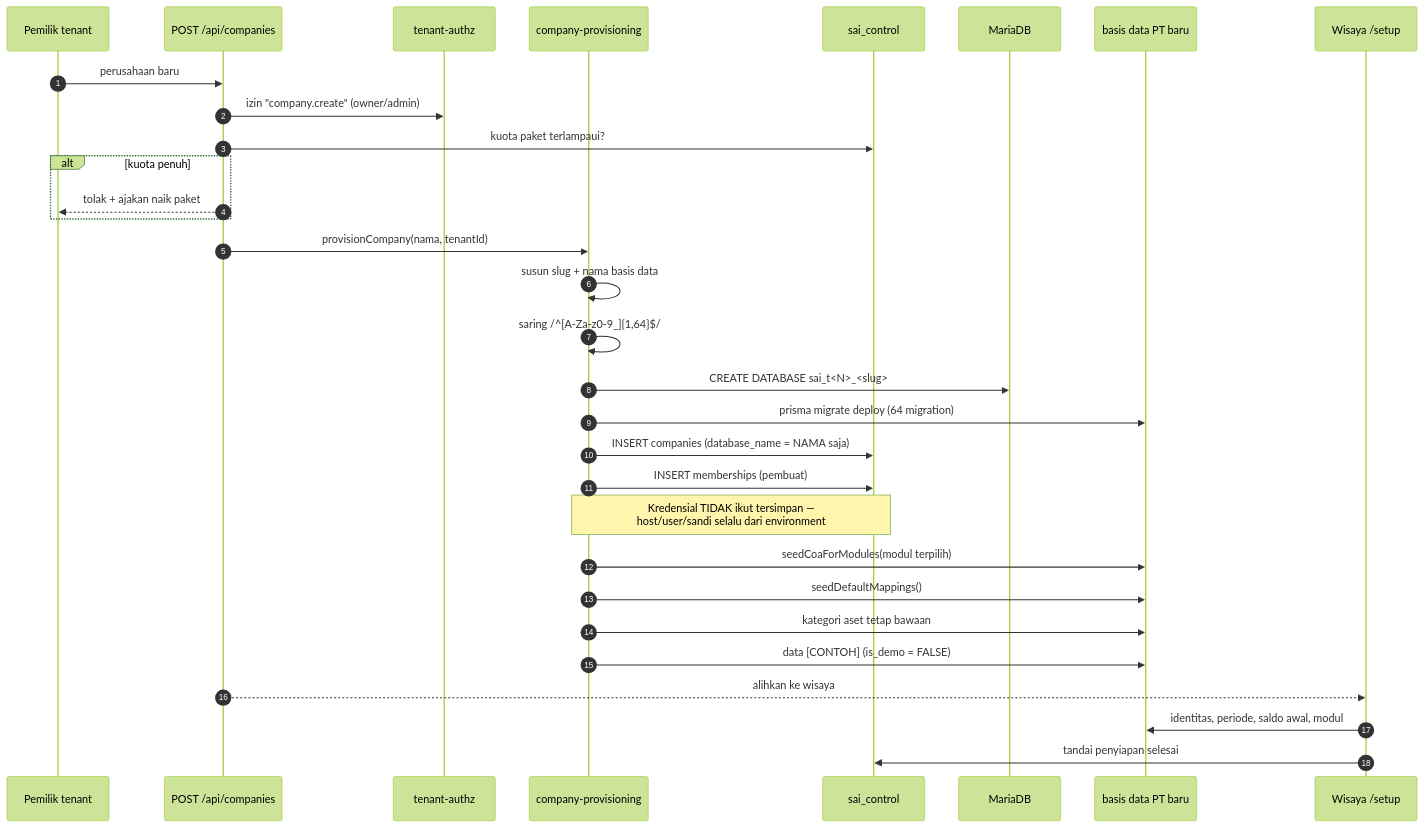
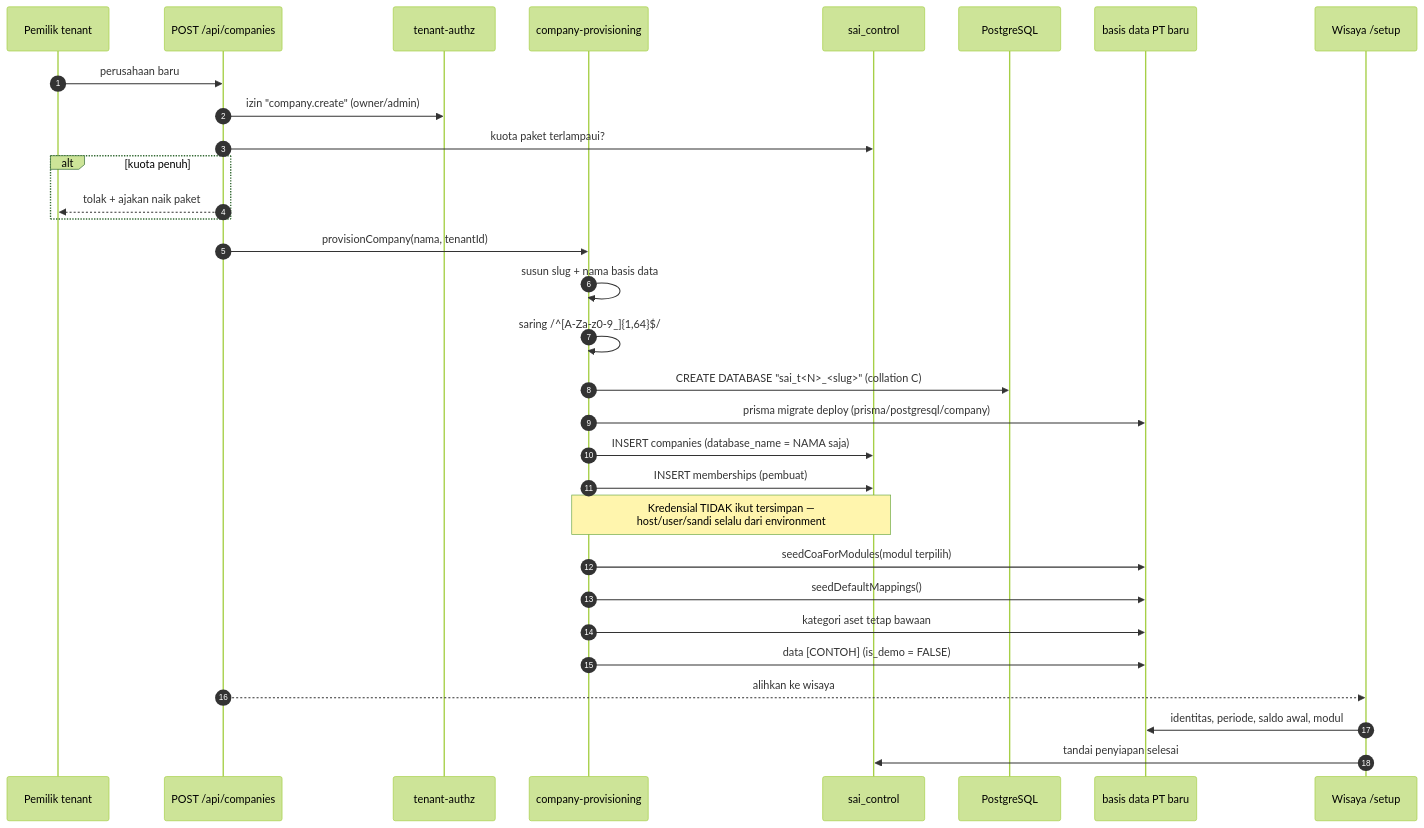
Before and after one commit to tri-evendi/sai-accounting: the fourth of 9 diagrams in docs/arsitektur/06-ALIRAN-DATA.md, drawn with Mermaid (forest theme). The commit also changed other lines of this file and 10 other files, not shown here.

First line of the commit message:
docs(arsitektur): lapisan basis data ditulis ulang untuk PostgreSQL

````diff
--- a/docs/arsitektur/06-ALIRAN-DATA.md
+++ b/docs/arsitektur/06-ALIRAN-DATA.md
@@ -177,37 +177,37 @@
 ```mermaid
 sequenceDiagram
     autonumber
     participant U as Pemilik tenant
     participant W as POST /api/companies
     participant TA as tenant-authz
     participant CP as company-provisioning
     participant CDB as sai_control
-    participant MY as MariaDB
+    participant MY as PostgreSQL
     participant NEW as basis data PT baru
     participant SU as Wisaya /setup
 
     U->>W: perusahaan baru
     W->>TA: izin "company.create" (owner/admin)
     W->>CDB: kuota paket terlampaui?
     alt kuota penuh
         W-->>U: tolak + ajakan naik paket
     end
 
     W->>CP: provisionCompany(nama, tenantId)
     CP->>CP: susun slug + nama basis data
     CP->>CP: saring /^[A-Za-z0-9_]{1,64}$/
-    CP->>MY: CREATE DATABASE sai_t<N>_<slug>
-    CP->>NEW: prisma migrate deploy (64 migration)
+    CP->>MY: CREATE DATABASE "sai_t<N>_<slug>" (collation C)
+    CP->>NEW: prisma migrate deploy (prisma/postgresql/company)
     CP->>CDB: INSERT companies (database_name = NAMA saja)
     CP->>CDB: INSERT memberships (pembuat)
     Note over CP,CDB: Kredensial TIDAK ikut tersimpan —<br/>host/user/sandi selalu dari environment
 
     CP->>NEW: seedCoaForModules(modul terpilih)
     CP->>NEW: seedDefaultMappings()
     CP->>NEW: kategori aset tetap bawaan
     CP->>NEW: data [CONTOH] (is_demo = FALSE)
 
     W-->>SU: alihkan ke wisaya
     SU->>NEW: identitas, periode, saldo awal, modul
     SU->>CDB: tandai penyiapan selesai
 ```
````
